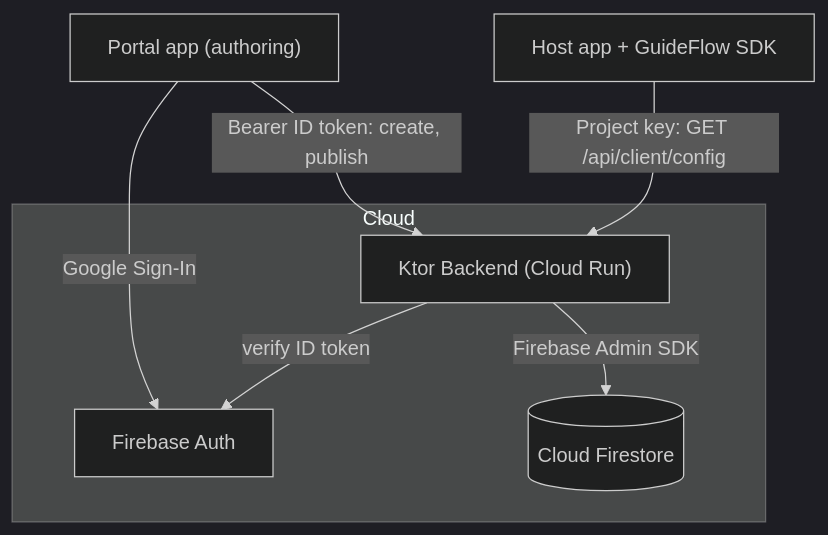
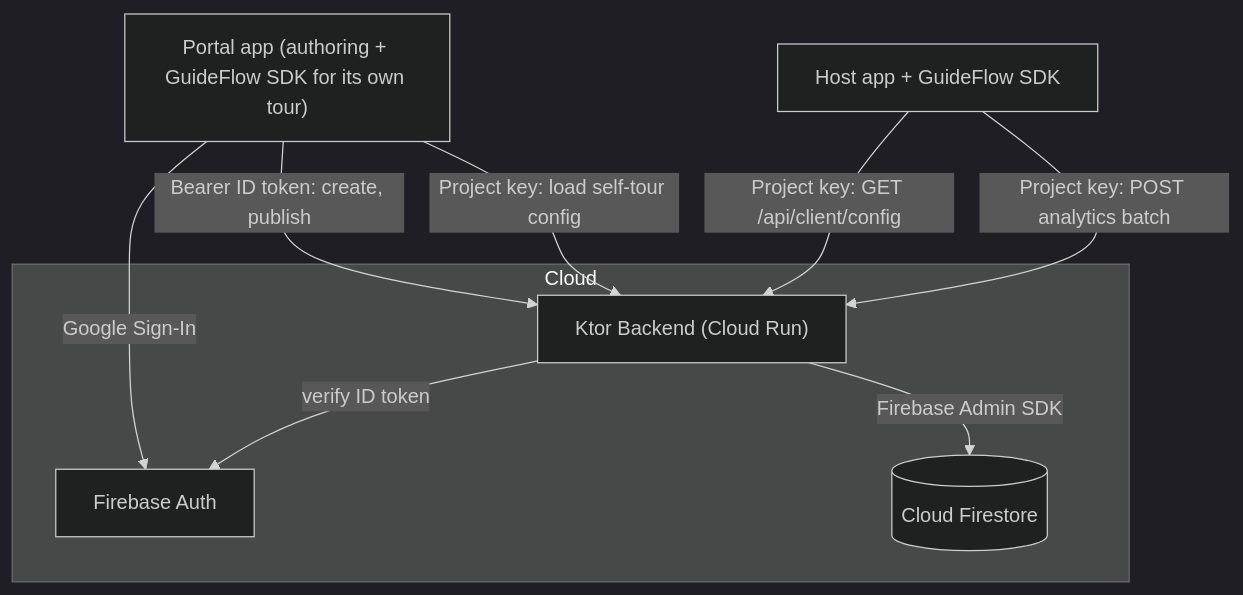
One commit to RotemBar18/GuideFlow changed the first of 2 diagrams in README.md. Above: the diagram before and after it, drawn with Mermaid (dark theme). The commit also changed other lines of this file, not shown here.

Commit message:
README: add analytics to ERD/DB + architecture, clarify hosted vs local run, detail tests

````diff
--- a/README.md
+++ b/README.md
@@ -231,16 +237,18 @@
 ```mermaid
 flowchart TD
     subgraph Cloud
         Backend["Ktor Backend (Cloud Run)"]
         FS[("Cloud Firestore")]
         FBAuth["Firebase Auth"]
     end
 
-    Portal["Portal app (authoring)"] -->|Google Sign-In| FBAuth
+    Portal["Portal app (authoring + GuideFlow SDK for its own tour)"] -->|Google Sign-In| FBAuth
     Portal -->|Bearer ID token: create, publish| Backend
+    Portal -->|Project key: load self-tour config| Backend
 
     HostApp["Host app + GuideFlow SDK"] -->|Project key: GET /api/client/config| Backend
+    HostApp -->|Project key: POST analytics batch| Backend
 
     Backend -->|verify ID token| FBAuth
     Backend -->|Firebase Admin SDK| FS
 ```
````
